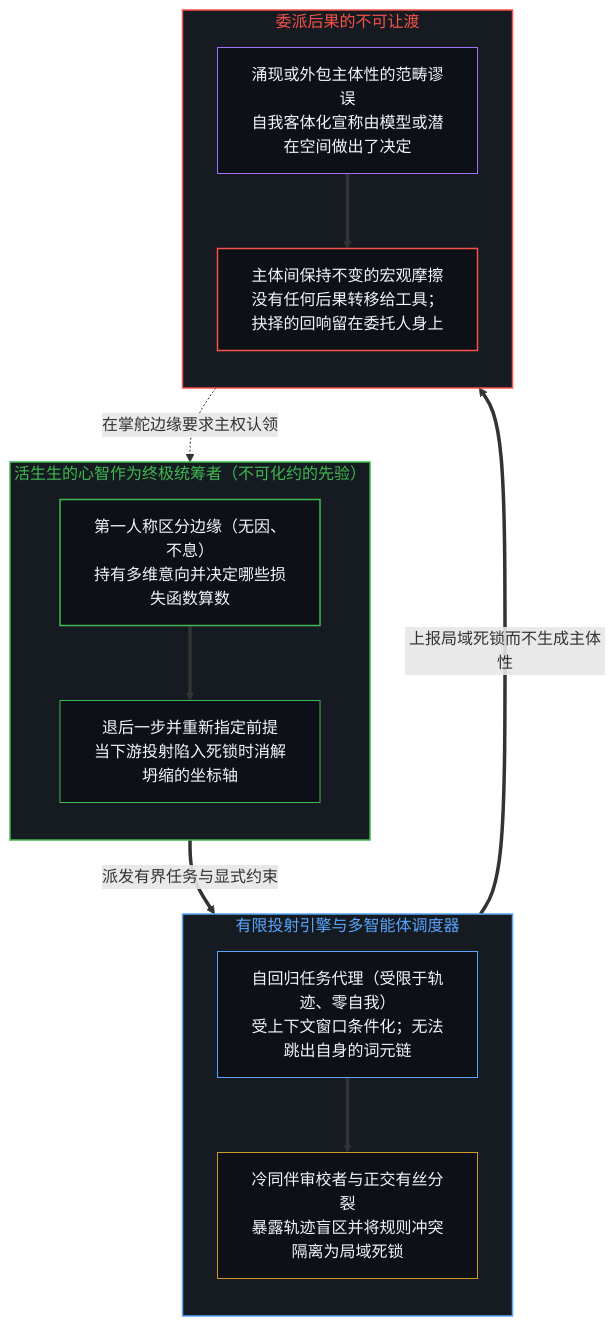
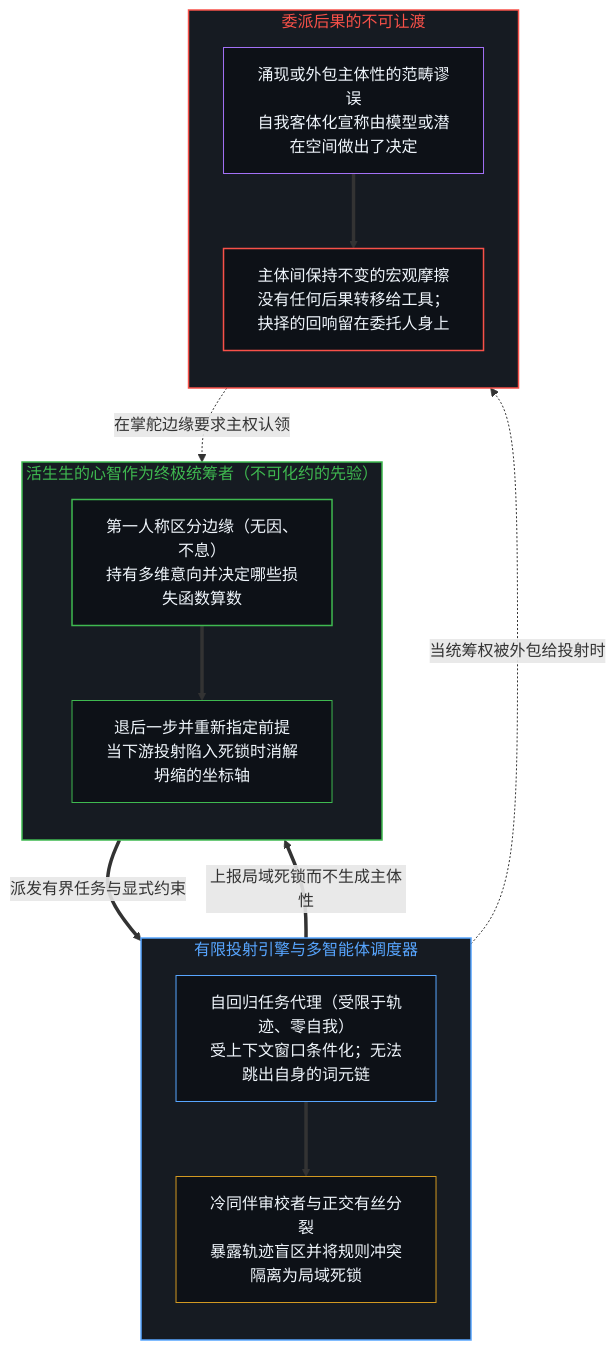
One commit to powerpig99/not-a-toe changed the first of 2 diagrams in content/posts/agency-does-not-arise.md. Above: the diagram before and after it, drawn with Mermaid. The commit also changed other lines of this file and 6 other files, not shown here.

````diff
--- a/content/posts/agency-does-not-arise.md
+++ b/content/posts/agency-does-not-arise.md
@@ -69,33 +69,34 @@
 ```mermaid
 flowchart TD
     subgraph S_Origin["活生生的心智作为终极统筹者（不可化约的先验）"]
         direction TB
         O1["第一人称区分边缘（无因、不息）<br/>持有多维意向并决定哪些损失函数算数"]
         O2["退后一步并重新指定前提<br/>当下游投射陷入死锁时消解坍缩的坐标轴"]
         O1 ==> O2
     end
     subgraph S_Projection["有限投射引擎与多智能体调度器"]
         direction TB
         P1["自回归任务代理（受限于轨迹、零自我）<br/>受上下文窗口条件化；无法跳出自身的词元链"]
         P2["冷同伴审校者与正交有丝分裂<br/>暴露轨迹盲区并将规则冲突隔离为局域死锁"]
         P1 ==> P2
     end
     subgraph S_Return["委派后果的不可让渡"]
         direction TB
         R1["涌现或外包主体性的范畴谬误<br/>自我客体化宣称由模型或潜在空间做出了决定"]
         R2["主体间保持不变的宏观摩擦<br/>没有任何后果转移给工具；抉择的回响留在委托人身上"]
         R1 ==> R2
     end
     O2 ==>|"派发有界任务与显式约束"| P1
-    P2 ==>|"上报局域死锁而不生成主体性"| R1
+    P2 ==>|"上报局域死锁而不生成主体性"| O2
+    P2 -.->|"当统筹权被外包给投射时"| R1
     R2 -.->|"在掌舵边缘要求主权认领"| O1
     style S_Origin fill:#161b22,stroke:#3fb950,stroke-width:1.5px,color:#3fb950
     style S_Projection fill:#161b22,stroke:#58a6ff,stroke-width:1.5px,color:#58a6ff
     style S_Return fill:#161b22,stroke:#f85149,stroke-width:1.5px,color:#f85149
     style O1 fill:#0d1117,stroke:#3fb950,stroke-width:1.5px,color:#f0f6fc
     style O2 fill:#0d1117,stroke:#3fb950,stroke-width:1px,color:#f0f6fc
     style P1 fill:#0d1117,stroke:#58a6ff,stroke-width:1px,color:#f0f6fc
     style P2 fill:#0d1117,stroke:#d29922,stroke-width:1px,color:#f0f6fc
     style R1 fill:#0d1117,stroke:#a371f7,stroke-width:1px,color:#f0f6fc
     style R2 fill:#0d1117,stroke:#f85149,stroke-width:1.5px,color:#f0f6fc
 ```
````
